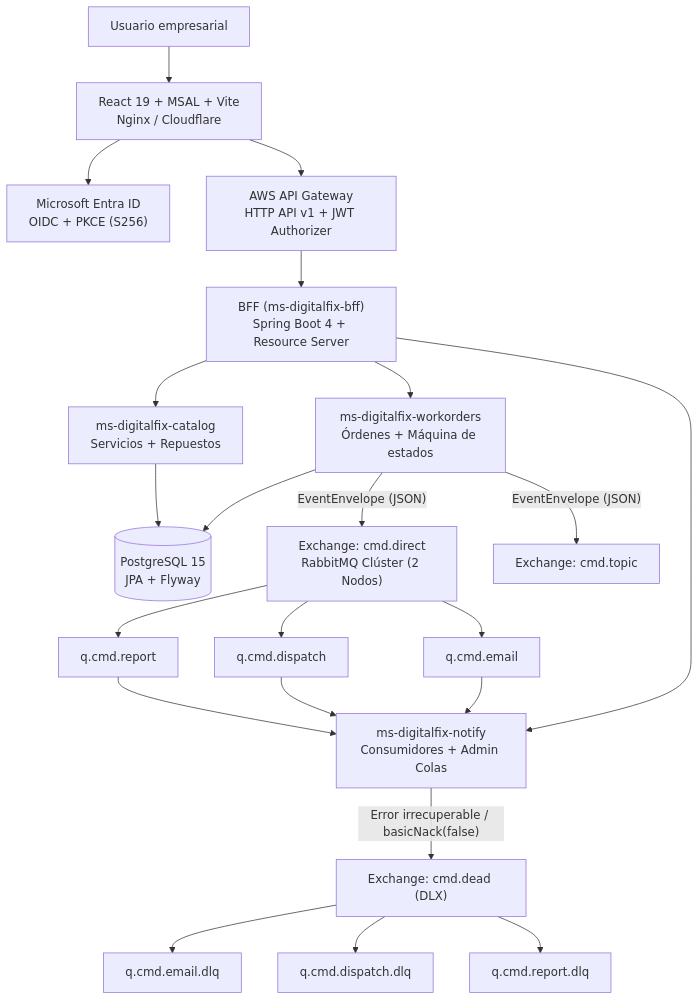
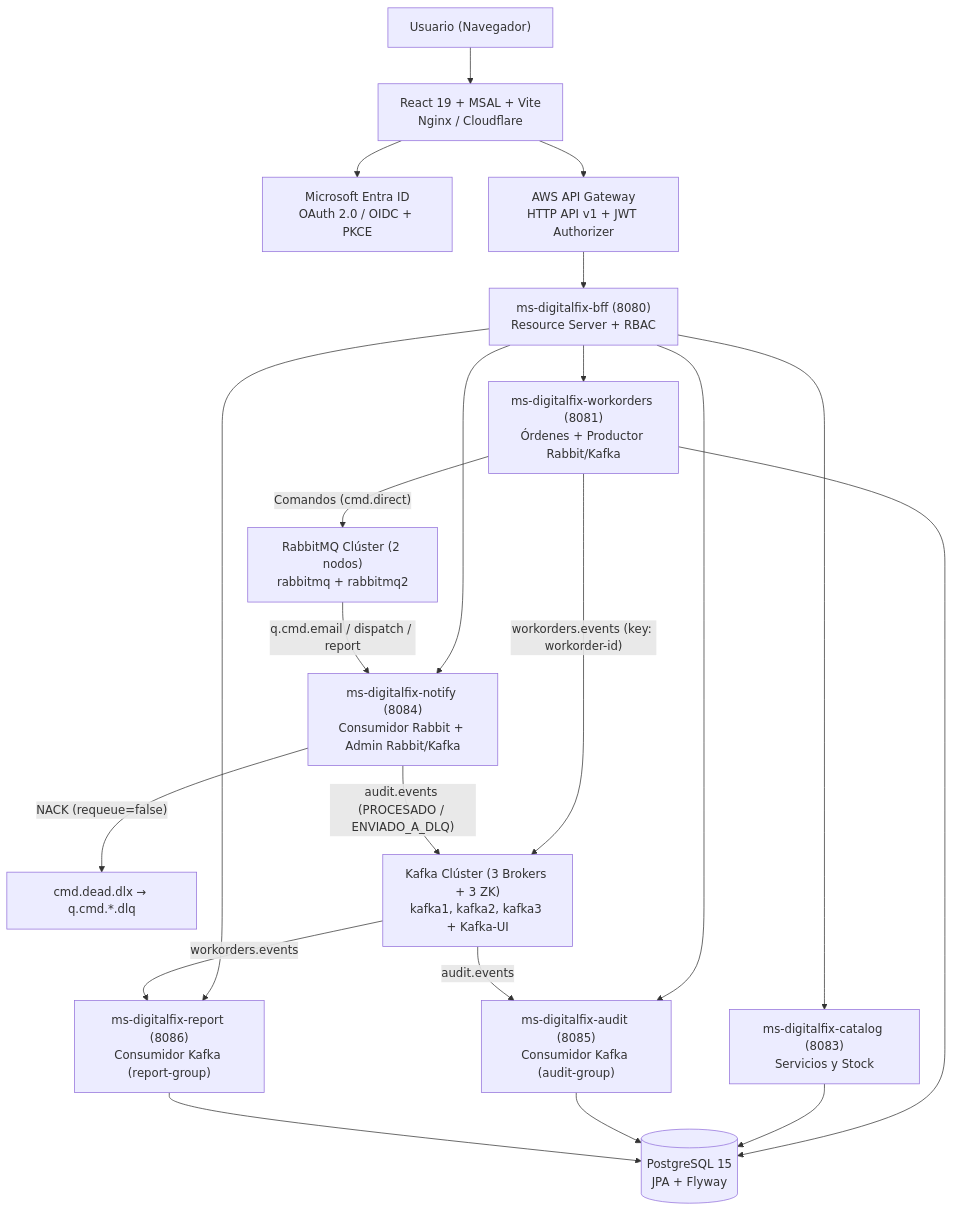
One commit to DamagedGhost/DigitalFix changed the diagram in README.md. Above: the diagram before and after it, drawn with Mermaid. The commit also changed other lines of this file, not shown here.

Commit message:
docs(readme): actualiza documentacion completa con arquitectura Kafka, RabbitMQ, endpoints y despliegue

````diff
--- a/README.md
+++ b/README.md
@@ -13,30 +16,28 @@
 ```mermaid
 flowchart TD
-    U["Usuario empresarial"] --> FE["React 19 + MSAL + Vite<br/>Nginx / Cloudflare"]
-    FE --> ID["Microsoft Entra ID<br/>OIDC + PKCE (S256)"]
+    U["Usuario (Navegador)"] --> FE["React 19 + MSAL + Vite<br/>Nginx / Cloudflare"]
+    FE --> ID["Microsoft Entra ID<br/>OAuth 2.0 / OIDC + PKCE"]
     FE --> APIGW["AWS API Gateway<br/>HTTP API v1 + JWT Authorizer"]
-    APIGW --> BFF["BFF (ms-digitalfix-bff)<br/>Spring Boot 4 + Resource Server"]
-    
-    BFF --> WO["ms-digitalfix-workorders<br/>Órdenes + Máquina de estados"]
-    BFF --> CAT["ms-digitalfix-catalog<br/>Servicios + Repuestos"]
-    BFF --> NOT["ms-digitalfix-notify<br/>Consumidores + Admin Colas"]
-    
+    APIGW --> BFF["ms-digitalfix-bff (8080)<br/>Resource Server + RBAC"]
+
+    BFF --> WO["ms-digitalfix-workorders (8081)<br/>Órdenes + Productor Rabbit/Kafka"]
+    BFF --> CAT["ms-digitalfix-catalog (8083)<br/>Servicios y Stock"]
+    BFF --> NOT["ms-digitalfix-notify (8084)<br/>Consumidor Rabbit + Admin Rabbit/Kafka"]
+    BFF --> AUD["ms-digitalfix-audit (8085)<br/>Consumidor Kafka (audit-group)"]
+    BFF --> REP["ms-digitalfix-report (8086)<br/>Consumidor Kafka (report-group)"]
+
     WO --> DB[("PostgreSQL 15<br/>JPA + Flyway")]
     CAT --> DB
-    
-    WO -- "EventEnvelope (JSON)" --> EX_DIR["Exchange: cmd.direct<br/>RabbitMQ Clúster (2 Nodos)"]
-    WO -- "EventEnvelope (JSON)" --> EX_TOP["Exchange: cmd.topic"]
-    
-    EX_DIR --> Q_EMAIL["q.cmd.email"]
-    EX_DIR --> Q_DISP["q.cmd.dispatch"]
-    EX_DIR --> Q_REP["q.cmd.report"]
-    
-    Q_EMAIL --> NOT
-    Q_DISP --> NOT
-    Q_REP --> NOT
-    
-    NOT -- "Error irrecuperable / basicNack(false)" --> EX_DEAD["Exchange: cmd.dead (DLX)"]
-    EX_DEAD --> DLQ_EMAIL["q.cmd.email.dlq"]
-    EX_DEAD --> DLQ_DISP["q.cmd.dispatch.dlq"]
-    EX_DEAD --> DLQ_REP["q.cmd.report.dlq"]
+    AUD --> DB
+    REP --> DB
+
+    WO -- "Comandos (cmd.direct)" --> RMQ["RabbitMQ Clúster (2 nodos)<br/>rabbitmq + rabbitmq2"]
+    RMQ -- "q.cmd.email / dispatch / report" --> NOT
+    NOT -- "NACK (requeue=false)" --> DLQ["cmd.dead.dlx → q.cmd.*.dlq"]
+
+    WO -- "workorders.events (key: workorder-id)" --> KAFKA["Kafka Clúster (3 Brokers + 3 ZK)<br/>kafka1, kafka2, kafka3 + Kafka-UI"]
+    NOT -- "audit.events (PROCESADO / ENVIADO_A_DLQ)" --> KAFKA
+
+    KAFKA -- "workorders.events" --> REP
+    KAFKA -- "audit.events" --> AUD
 ```
````
